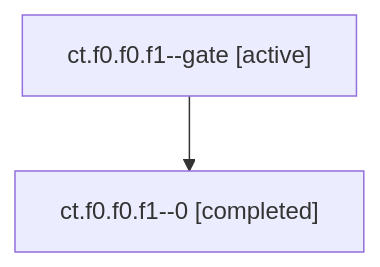
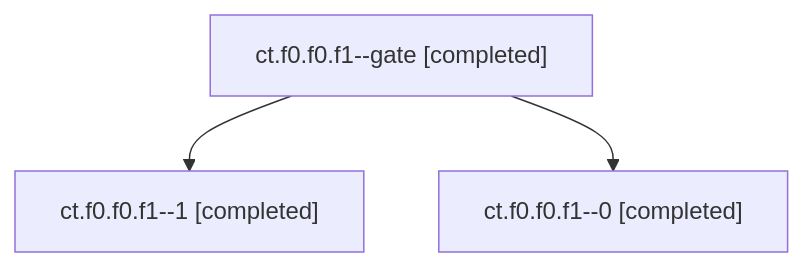
The diagram in sessions/bbugyi200.apollo.ct.f0.f0.f1.md (bobs-org/bob-cli--agents), drawn with Mermaid before and after one commit. The commit also changed other lines of this file and 26 other files, not shown here.

````diff
--- a/sessions/bbugyi200.apollo.ct.f0.f0.f1.md
+++ b/sessions/bbugyi200.apollo.ct.f0.f0.f1.md
@@ -9,6 +9,8 @@
 ```mermaid
 flowchart TD
-  n0["ct.f0.f0.f1--gate [active]"]
-  n1["ct.f0.f0.f1--0 [completed]"]
+  n0["ct.f0.f0.f1--gate [completed]"]
+  n1["ct.f0.f0.f1--1 [completed]"]
   n0 --> n1
+  n2["ct.f0.f0.f1--0 [completed]"]
+  n0 --> n2
 ```
````
